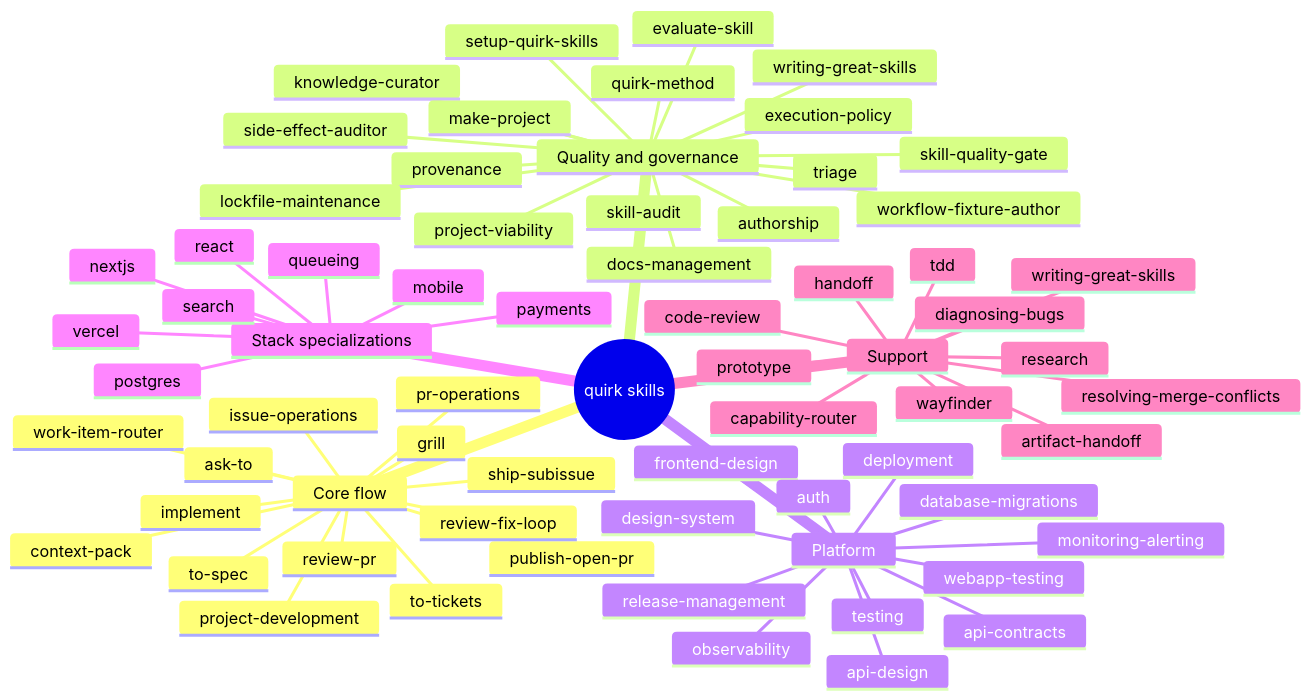
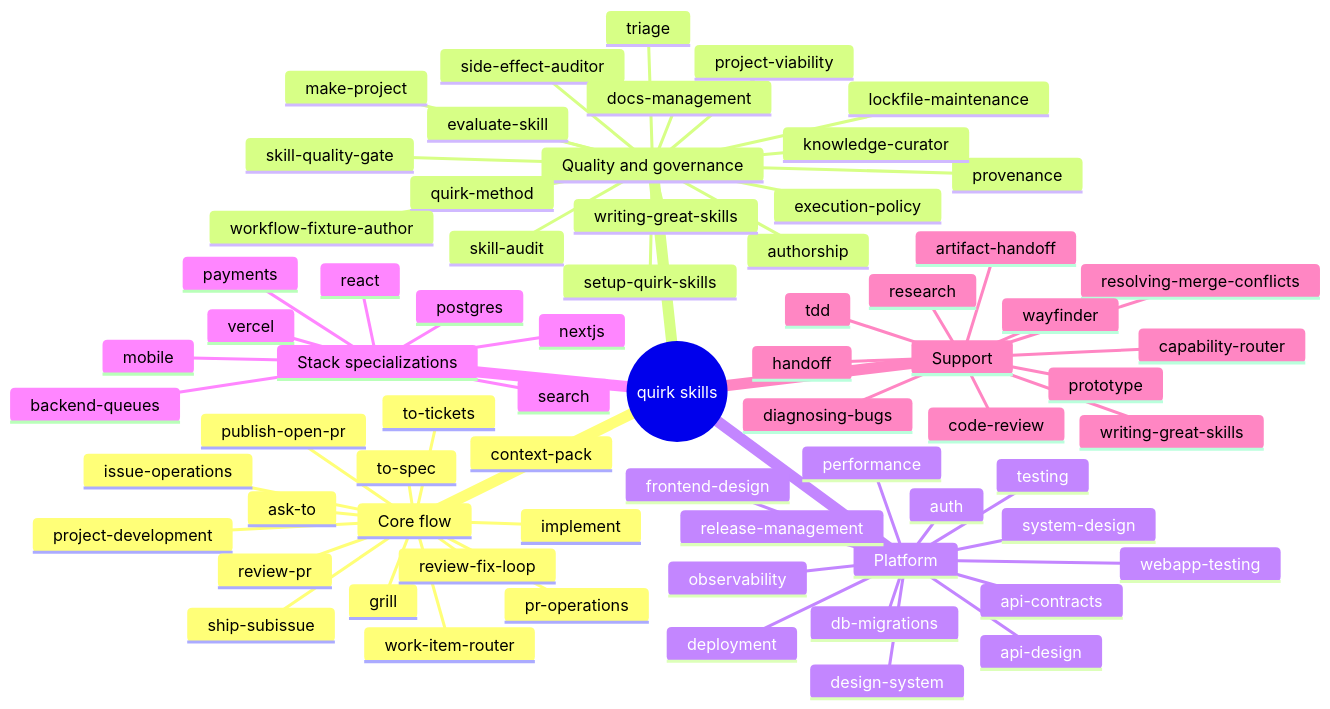
Before and after one commit to quantumquirkxyz/skills-quirk: the diagram in docs/agents/skills-map.md, drawn with Mermaid. The commit also changed other lines of this file and 2 other files, not shown here.

````diff
--- a/docs/agents/skills-map.md
+++ b/docs/agents/skills-map.md
@@ -3,71 +3,72 @@
 ```mermaid
 mindmap
     root((quirk skills))
         Core flow
             ask-to
             grill
             project-development
             context-pack
             work-item-router
             to-spec
             to-tickets
             implement
             publish-open-pr
             issue-operations
             pr-operations
             review-pr
             review-fix-loop
             ship-subissue
         Quality and governance
             authorship
             quirk-method
             provenance
             skill-audit
             evaluate-skill
             lockfile-maintenance
             skill-quality-gate
             workflow-fixture-author
             side-effect-auditor
             knowledge-curator
             writing-great-skills
             execution-policy
             docs-management
             project-viability
             triage
             make-project
             setup-quirk-skills
         Platform
             frontend-design
             design-system
             webapp-testing
             api-design
             api-contracts
             auth
             deployment
             release-management
-            monitoring-alerting
             observability
             testing
-            database-migrations
+            performance
+            system-design
+            db-migrations
         Stack specializations
             nextjs
             react
             vercel
             postgres
             search
-            queueing
+            backend-queues
             mobile
             payments
         Support
             artifact-handoff
             handoff
             prototype
             research
             tdd
             diagnosing-bugs
             resolving-merge-conflicts
             capability-router
             code-review
             wayfinder
             writing-great-skills
 ```
````
